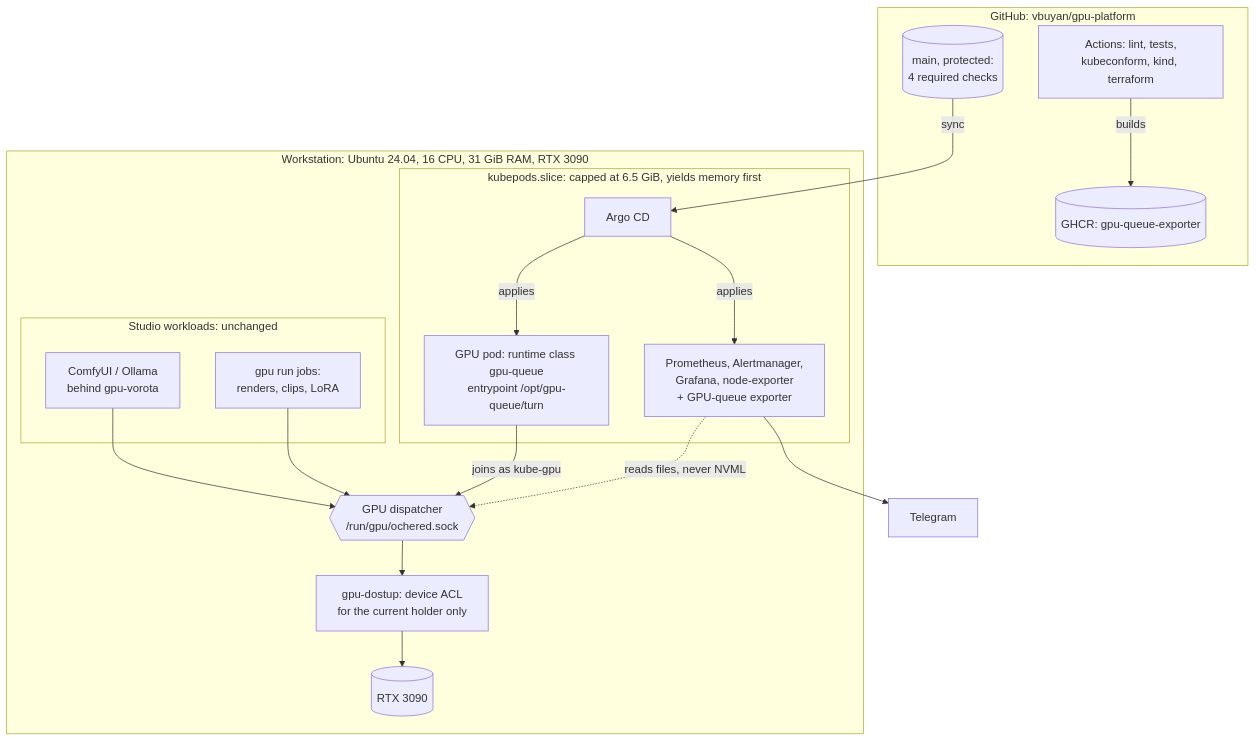
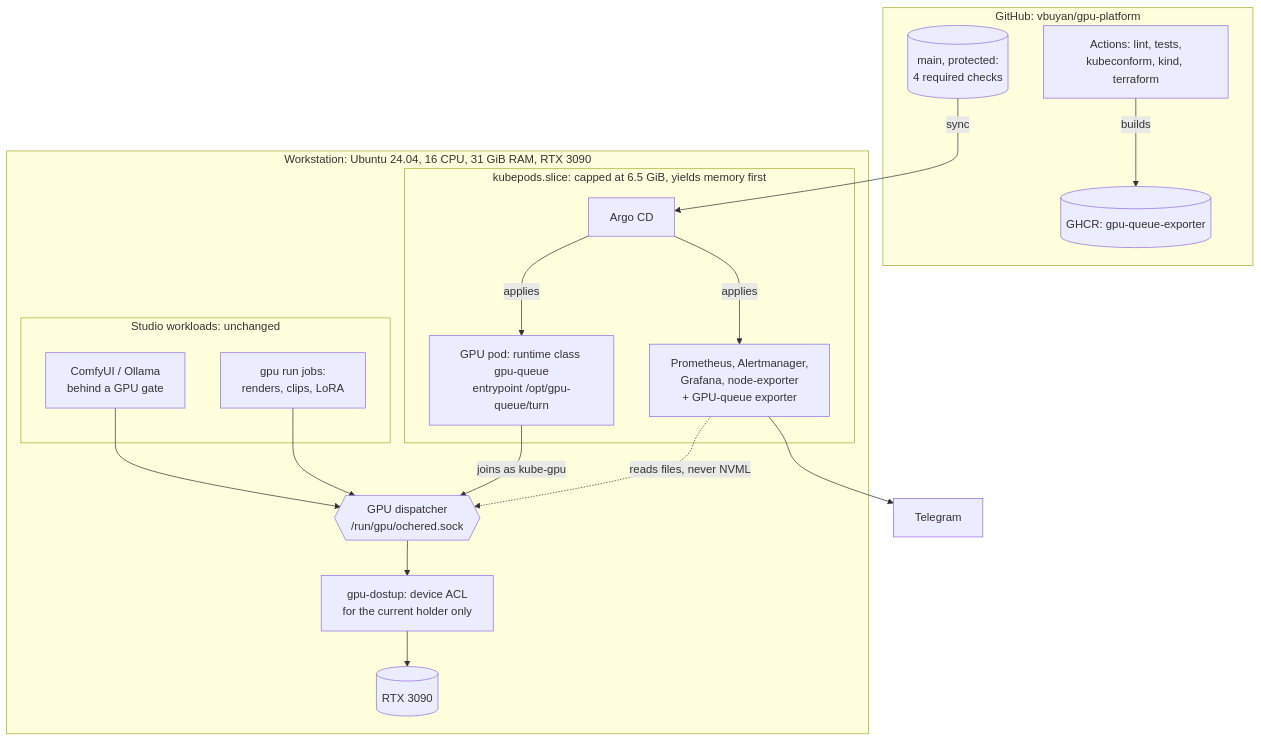
One commit to vbuyan/gpu-platform changed the first of 2 diagrams in docs/architecture.md. Above: the diagram before and after it, drawn with Mermaid. The commit also changed 7 other files, not shown here.

````diff
--- a/docs/architecture.md
+++ b/docs/architecture.md
@@ -9,37 +9,37 @@
 ```mermaid
 flowchart TB
   subgraph gh[GitHub: vbuyan/gpu-platform]
     repo[(main, protected:<br/>4 required checks)]
     ci[Actions: lint, tests,<br/>kubeconform, kind, terraform]
     ghcr[(GHCR: gpu-queue-exporter)]
   end
 
   subgraph host[Workstation: Ubuntu 24.04, 16 CPU, 31 GiB RAM, RTX 3090]
     subgraph studio[Studio workloads: unchanged]
-      comfy[ComfyUI / Ollama<br/>behind gpu-vorota]
+      comfy[ComfyUI / Ollama<br/>behind a GPU gate]
       jobs[gpu run jobs:<br/>renders, clips, LoRA]
     end
     queue{{GPU dispatcher<br/>/run/gpu/ochered.sock}}
     guard[gpu-dostup: device ACL<br/>for the current holder only]
     gpu[(RTX 3090)]
 
     subgraph k8s[kubepods.slice: capped at 6.5 GiB, yields memory first]
       argo[Argo CD]
       mon[Prometheus, Alertmanager,<br/>Grafana, node-exporter<br/>+ GPU-queue exporter]
       gpujob[GPU pod: runtime class gpu-queue<br/>entrypoint /opt/gpu-queue/turn]
     end
   end
 
   tg[Telegram]
 
   repo -- sync --> argo
   argo -- applies --> mon
   argo -- applies --> gpujob
   ci -- builds --> ghcr
   comfy --> queue
   jobs --> queue
   gpujob -- joins as kube-gpu --> queue
   queue --> guard --> gpu
   mon -. reads files, never NVML .-> queue
   mon --> tg
 ```
````
